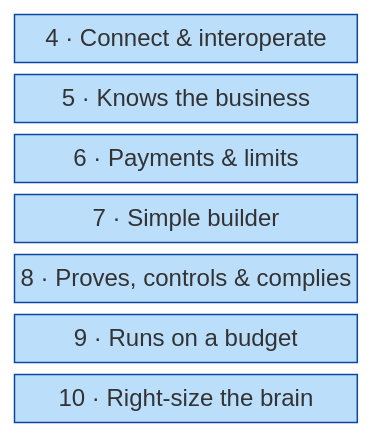
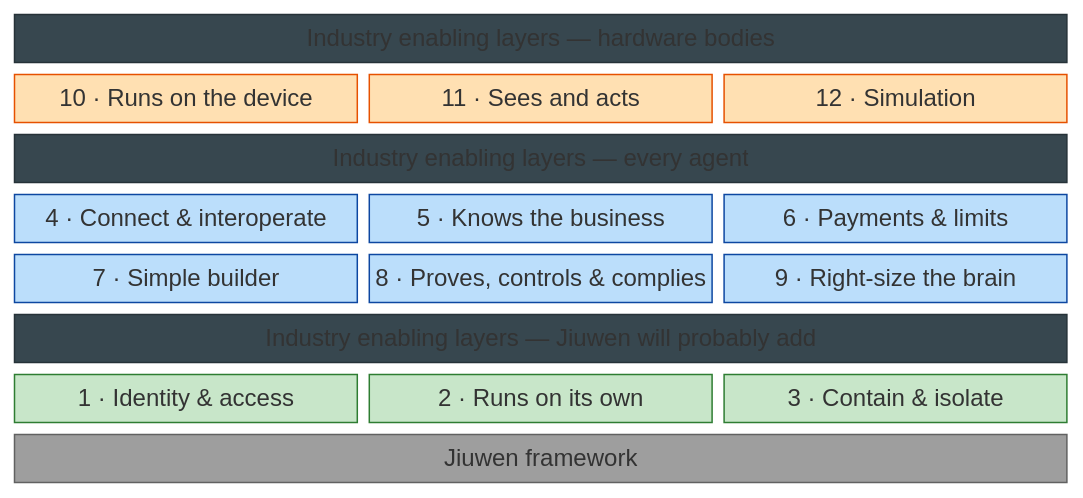
The fourth of 5 diagrams in docs-michael/agentic-stack-vertical.md (michaelatamuk/agentic-desk), drawn with Mermaid before and after one commit. The commit also changed other lines of this file, not shown here.

Commit message:
working on jiuwenswarm

````diff
--- a/docs-michael/agentic-stack-vertical.md
+++ b/docs-michael/agentic-stack-vertical.md
@@ -90,18 +80,36 @@
 ```mermaid
 block-beta
-  columns 1
-  B4["4 · Connect & interoperate"]:1
-  B5["5 · Knows the business"]:1
-  B6["6 · Payments & limits"]:1
-  B7["7 · Simple builder"]:1
-  B8["8 · Proves, controls & complies"]:1
-  B9["9 · Runs on a budget"]:1
-  B10["10 · Right-size the brain"]:1
-  style B4 fill:#bbdefb,stroke:#0d47a1,color:#000000
-  style B5 fill:#bbdefb,stroke:#0d47a1,color:#000000
-  style B6 fill:#bbdefb,stroke:#0d47a1,color:#000000
-  style B7 fill:#bbdefb,stroke:#0d47a1,color:#000000
-  style B8 fill:#bbdefb,stroke:#0d47a1,color:#000000
-  style B9 fill:#bbdefb,stroke:#0d47a1,color:#000000
-  style B10 fill:#bbdefb,stroke:#0d47a1,color:#000000
+  columns 3
+  H3["Industry enabling layers — hardware bodies"]:3
+  B10["10 · Runs on the device"]:1
+  B11["11 · Sees and acts"]:1
+  B12["12 · Simulation"]:1
+  H2["Industry enabling layers — every agent"]:3
+  A4["4 · Connect & interoperate"]:1
+  A5["5 · Knows the business"]:1
+  A6["6 · Payments & limits"]:1
+  A7["7 · Simple builder"]:1
+  A8["8 · Proves, controls & complies"]:1
+  A9["9 · Right-size the brain"]:1
+  H1["Industry enabling layers — Jiuwen will probably add"]:3
+  J1["1 · Identity & access"]:1
+  J2["2 · Runs on its own"]:1
+  J3["3 · Contain & isolate"]:1
+  HF["Jiuwen framework"]:3
+  style HF fill:#9e9e9e,color:#ffffff,stroke:#616161
+  style H1 fill:#37474f,color:#ffffff,stroke:#263238
+  style H2 fill:#37474f,color:#ffffff,stroke:#263238
+  style H3 fill:#37474f,color:#ffffff,stroke:#263238
+  style J1 fill:#c8e6c9,stroke:#2e7d32,color:#000000
+  style J2 fill:#c8e6c9,stroke:#2e7d32,color:#000000
+  style J3 fill:#c8e6c9,stroke:#2e7d32,color:#000000
+  style A4 fill:#bbdefb,stroke:#0d47a1,color:#000000
+  style A5 fill:#bbdefb,stroke:#0d47a1,color:#000000
+  style A6 fill:#bbdefb,stroke:#0d47a1,color:#000000
+  style A7 fill:#bbdefb,stroke:#0d47a1,color:#000000
+  style A8 fill:#bbdefb,stroke:#0d47a1,color:#000000
+  style A9 fill:#bbdefb,stroke:#0d47a1,color:#000000
+  style B10 fill:#ffe0b2,stroke:#e65100,color:#000000
+  style B11 fill:#ffe0b2,stroke:#e65100,color:#000000
+  style B12 fill:#ffe0b2,stroke:#e65100,color:#000000
 ```
````
